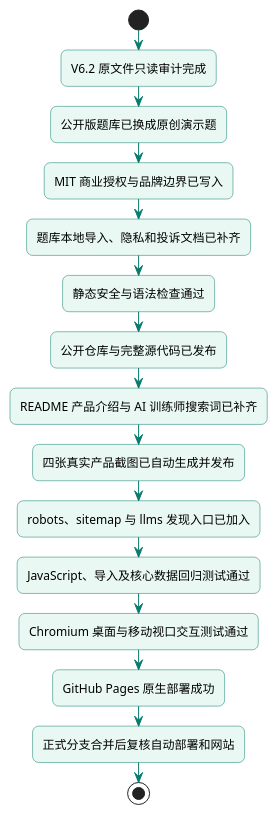
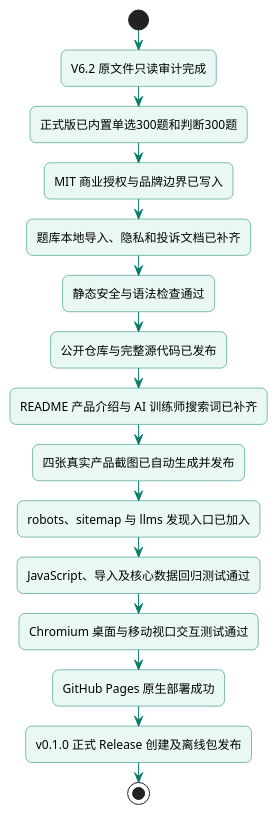
One commit to jin-shanghai/zhiti-learning changed the diagram in PROJECT_STATUS.puml. Above: the diagram before and after it, drawn with PlantUML.

Commit message:
release: prepare stable v0.1.0 content and clarify included question-bank rights

```diff
--- a/PROJECT_STATUS.puml
+++ b/PROJECT_STATUS.puml
@@ -1,24 +1,24 @@
 @startuml
 skinparam shadowing false
 skinparam roundcorner 12
 skinparam defaultFontName Arial
 skinparam ArrowColor #087b6d
 skinparam ActivityBorderColor #087b6d
 skinparam ActivityBackgroundColor #e9f8f2
 skinparam ActivityDiamondBackgroundColor #fff4df
 start
 :V6.2 原文件只读审计完成;
-:公开版题库已换成原创演示题;
+:正式版已内置单选300题和判断300题;
 :MIT 商业授权与品牌边界已写入;
 :题库本地导入、隐私和投诉文档已补齐;
 :静态安全与语法检查通过;
 :公开仓库与完整源代码已发布;
 :README 产品介绍与 AI 训练师搜索词已补齐;
 :四张真实产品截图已自动生成并发布;
 :robots、sitemap 与 llms 发现入口已加入;
 :JavaScript、导入及核心数据回归测试通过;
 :Chromium 桌面与移动视口交互测试通过;
 :GitHub Pages 原生部署成功;
-:正式分支合并后复核自动部署和网站;
+:v0.1.0 正式 Release 创建及离线包发布;
 stop
 @enduml
```
